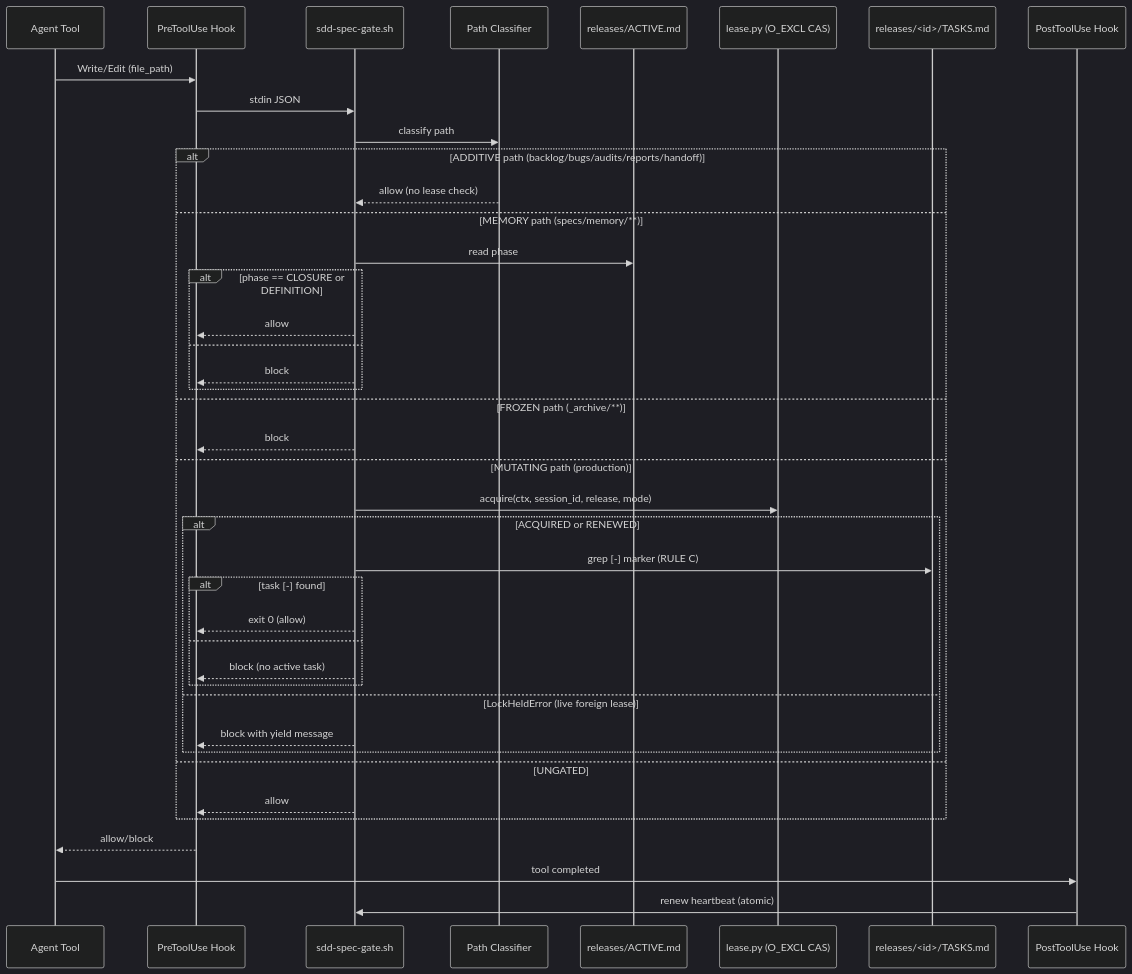
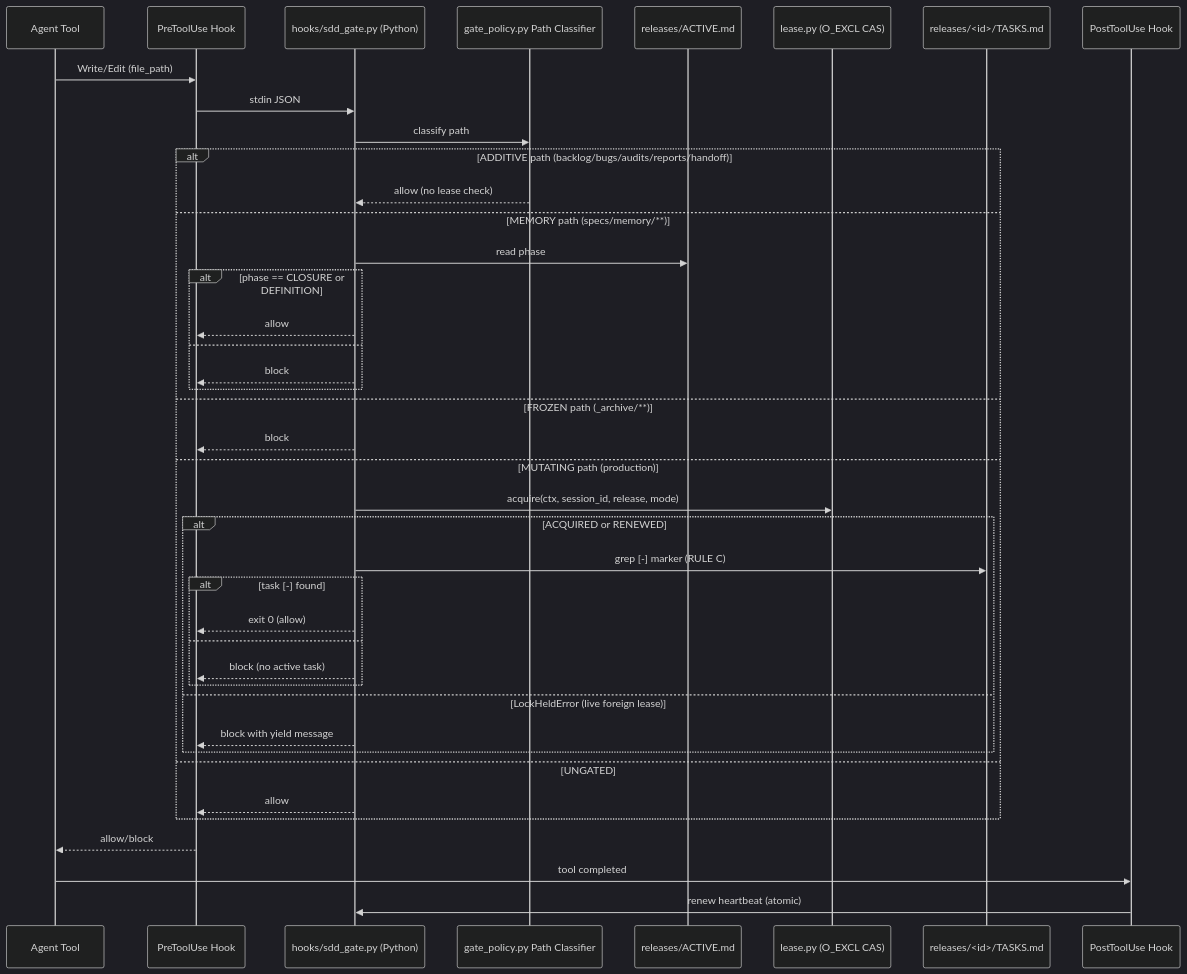
The third of 3 diagrams in specs/memory/architecture.md (marcoaureliomenezes/dadaia-workspace), drawn with Mermaid (dark theme) before and after one commit. The commit also changed other lines of this file and 8 other files, not shown here.

````diff
--- a/specs/memory/architecture.md
+++ b/specs/memory/architecture.md
@@ -189,43 +207,43 @@
 ```mermaid
 sequenceDiagram
     participant Tool as Agent Tool
     participant PreHook as PreToolUse Hook
-    participant Gate as sdd-spec-gate.sh
-    participant Classifier as Path Classifier
+    participant Gate as hooks/sdd_gate.py (Python)
+    participant Classifier as gate_policy.py Path Classifier
     participant Active as releases/ACTIVE.md
     participant Lease as lease.py (O_EXCL CAS)
     participant TASKS as releases/<id>/TASKS.md
     participant PostHook as PostToolUse Hook
     Tool->>PreHook: Write/Edit (file_path)
     PreHook->>Gate: stdin JSON
     Gate->>Classifier: classify path
     alt ADDITIVE path (backlog/bugs/audits/reports/handoff)
         Classifier-->>Gate: allow (no lease check)
     else MEMORY path (specs/memory/**)
         Gate->>Active: read phase
         alt phase == CLOSURE or DEFINITION
             Gate-->>PreHook: allow
         else
             Gate-->>PreHook: block
         end
     else FROZEN path (_archive/**)
         Gate-->>PreHook: block
     else MUTATING path (production)
         Gate->>Lease: acquire(ctx, session_id, release, mode)
         alt ACQUIRED or RENEWED
             Gate->>TASKS: grep [-] marker (RULE C)
             alt task [-] found
                 Gate-->>PreHook: exit 0 (allow)
             else
                 Gate-->>PreHook: block (no active task)
             end
         else LockHeldError (live foreign lease)
             Gate-->>PreHook: block with yield message
         end
     else UNGATED
         Gate-->>PreHook: allow
     end
     PreHook-->>Tool: allow/block
     Tool->>PostHook: tool completed
     PostHook->>Gate: renew heartbeat (atomic)
 ```
````
